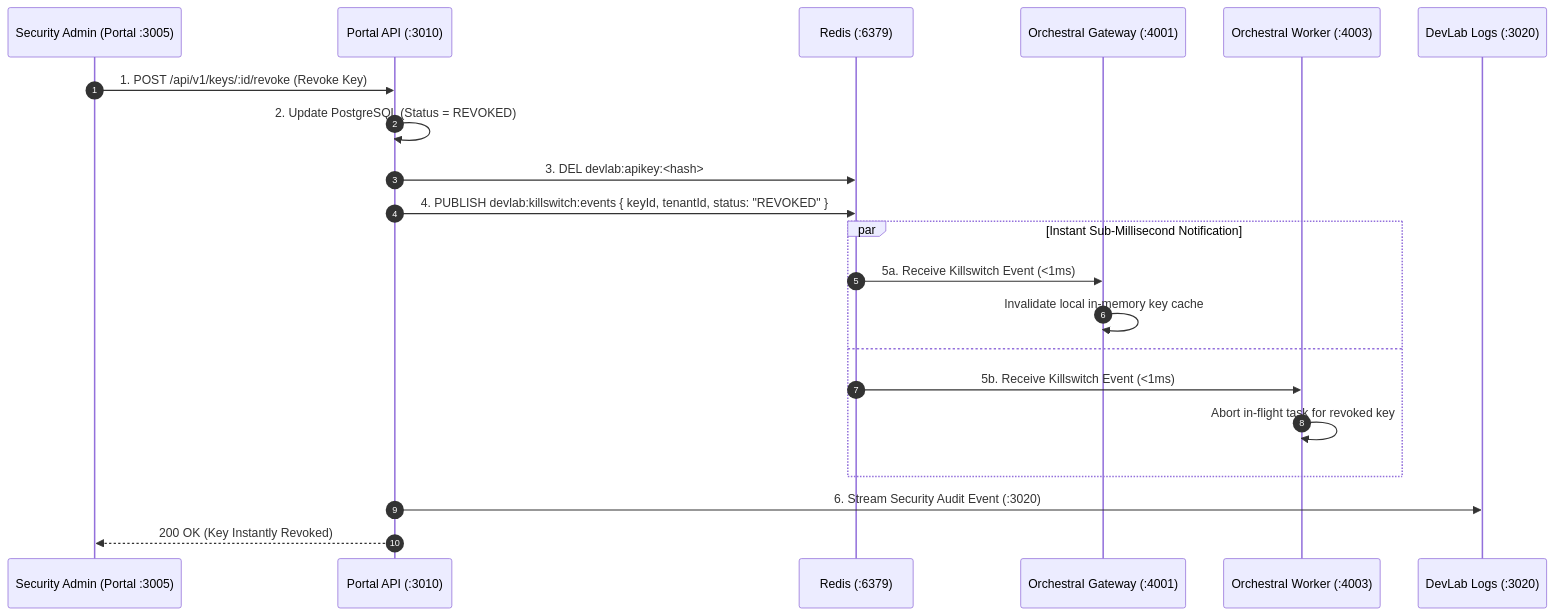
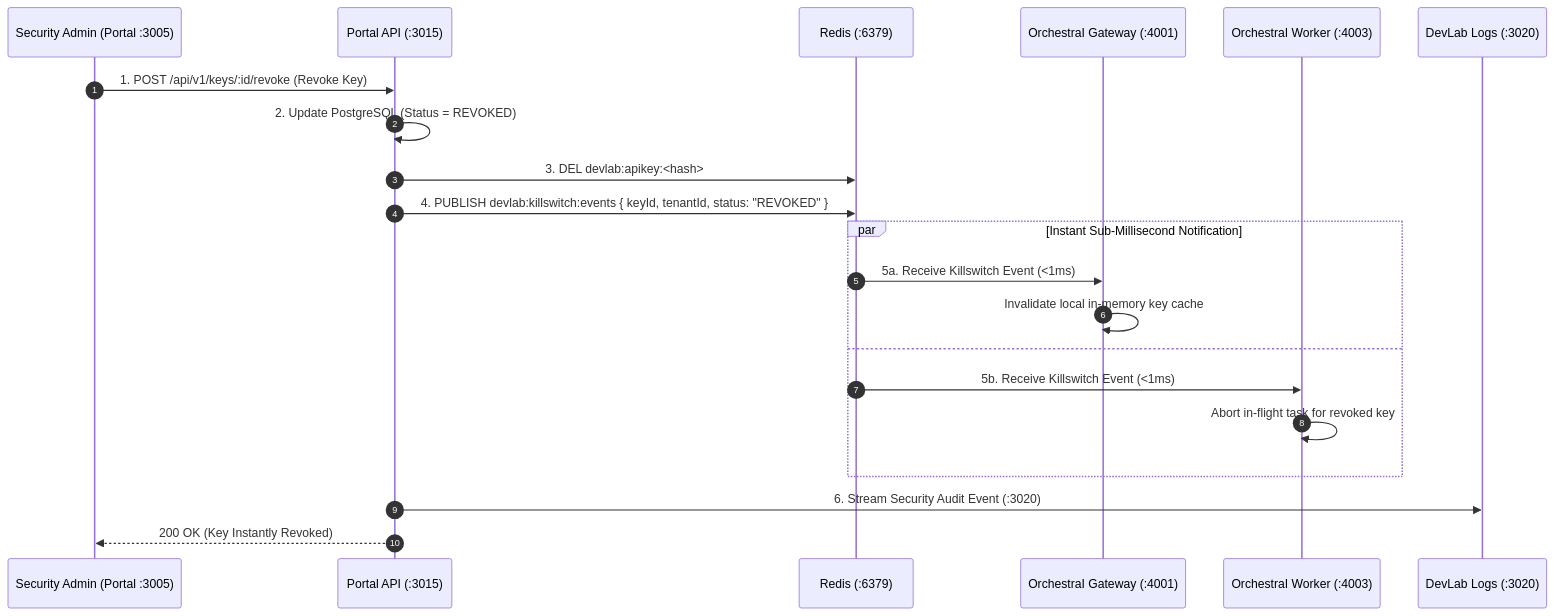
The diagram in PROJECT_INFO.md (yuvadevlab/devlab-portal), drawn with Mermaid before and after one commit. The commit also changed other lines of this file and 4 other files, not shown here.

Commit message:
fix(api): migrate portal api port to 3015 to prevent conflict with prod web

````diff
--- a/PROJECT_INFO.md
+++ b/PROJECT_INFO.md
@@ -79,26 +79,26 @@
 ```mermaid
 sequenceDiagram
     autonumber
     participant Admin as Security Admin (Portal :3005)
-    participant Portal as Portal API (:3010)
+    participant Portal as Portal API (:3015)
     participant Redis as Redis (:6379)
     participant GW as OrchestraI Gateway (:4001)
     participant Worker as OrchestraI Worker (:4003)
     participant Logs as DevLab Logs (:3020)
 
     Admin->>Portal: 1. POST /api/v1/keys/:id/revoke (Revoke Key)
     Portal->>Portal: 2. Update PostgreSQL (Status = REVOKED)
     Portal->>Redis: 3. DEL devlab:apikey:<hash>
     Portal->>Redis: 4. PUBLISH devlab:killswitch:events { keyId, tenantId, status: "REVOKED" }
 
     par Instant Sub-Millisecond Notification
         Redis->>GW: 5a. Receive Killswitch Event (<1ms)
         GW->>GW: Invalidate local in-memory key cache
     and
         Redis->>Worker: 5b. Receive Killswitch Event (<1ms)
         Worker->>Worker: Abort in-flight task for revoked key
     end
 
     Portal->>Logs: 6. Stream Security Audit Event (:3020)
     Portal-->>Admin: 200 OK (Key Instantly Revoked)
 ```
````
